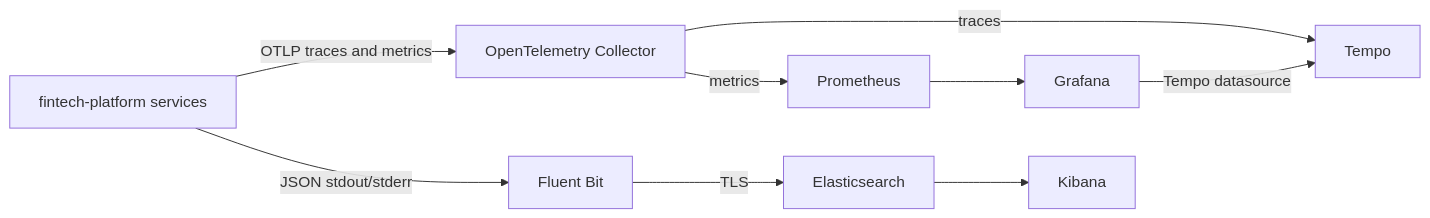
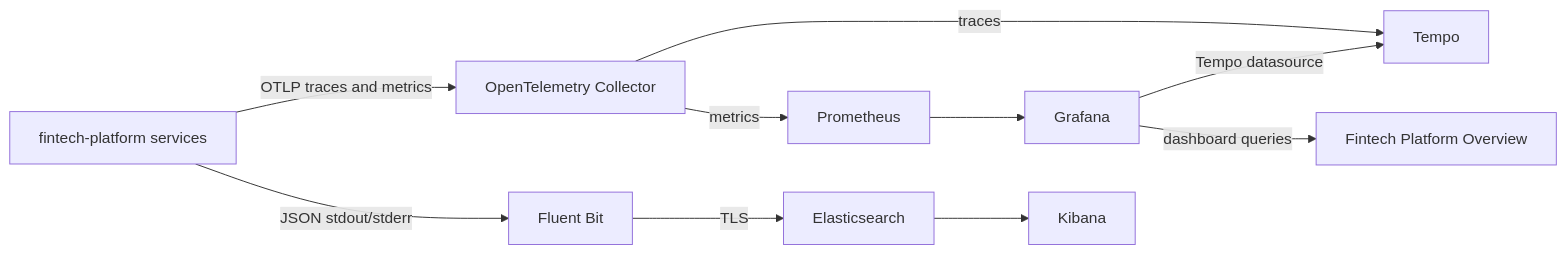
The second of 3 diagrams in README.md (qzee-dev/gitops-repo), drawn with Mermaid before and after one commit. The commit also changed other lines of this file and 7 other files, not shown here.

````diff
--- a/README.md
+++ b/README.md
@@ -63,11 +63,12 @@
 ```mermaid
 flowchart LR
   App[fintech-platform services] -->|OTLP traces and metrics| OTel[OpenTelemetry Collector]
     OTel -->|traces| Tempo[Tempo]
     OTel -->|metrics| Prom[Prometheus]
   App -->|JSON stdout/stderr| Fluent[Fluent Bit]
   Fluent -->|TLS| ES[Elasticsearch]
     Prom --> Grafana[Grafana]
   Grafana -->|Tempo datasource| Tempo
     ES --> Kibana[Kibana]
+  Grafana -->|dashboard queries| Panel[Fintech Platform Overview]
 ```
````
